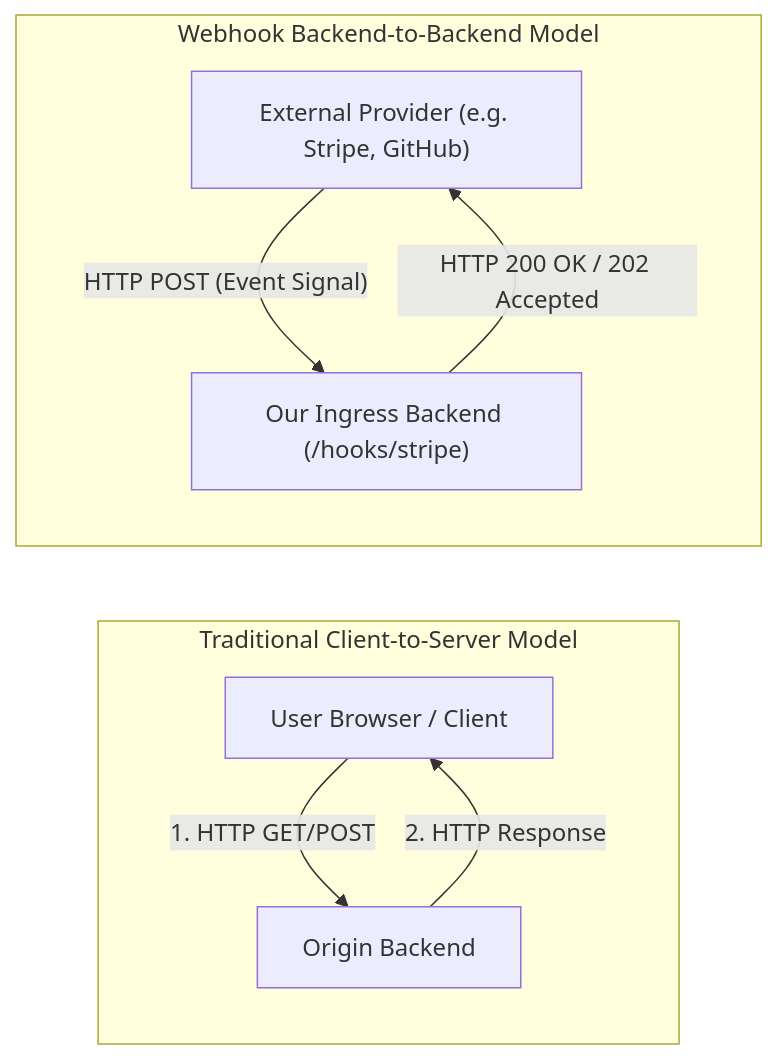
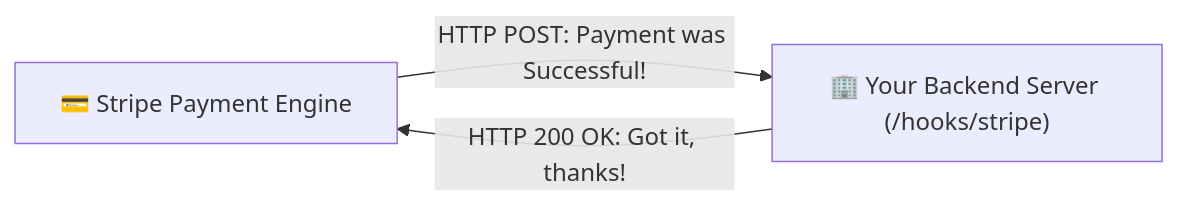
Before and after one commit to rohithgowda18/Notes: the first of 10 diagrams in 07-Backend-Engineering/Webhooks.md, drawn with Mermaid. The commit also changed other lines of this file, not shown here.

````diff
--- a/07-Backend-Engineering/Webhooks.md
+++ b/07-Backend-Engineering/Webhooks.md
@@ -37,14 +40,5 @@
 ```mermaid
 flowchart LR
-    subgraph ClientModel ["Traditional Client-to-Server Model"]
-        direction TB
-        Browser["User Browser / Client"] -- "1. HTTP GET/POST" --> OriginSrv["Origin Backend"]
-        OriginSrv -- "2. HTTP Response" --> Browser
-    end
-
-    subgraph WebhookModel ["Webhook Backend-to-Backend Model"]
-        direction TB
-        ExtSrv["External Provider (e.g. Stripe, GitHub)"] -- "HTTP POST (Event Signal)" --> OurBackend["Our Ingress Backend (/hooks/stripe)"]
-        OurBackend -- "HTTP 200 OK / 202 Accepted" --> ExtSrv
-    end
+    Stripe["💳 Stripe Payment Engine"] -- "HTTP POST: Payment was Successful!" --> YourServer["🏢 Your Backend Server (/hooks/stripe)"]
+    YourServer -- "HTTP 200 OK: Got it, thanks!" --> Stripe
 ```
````
